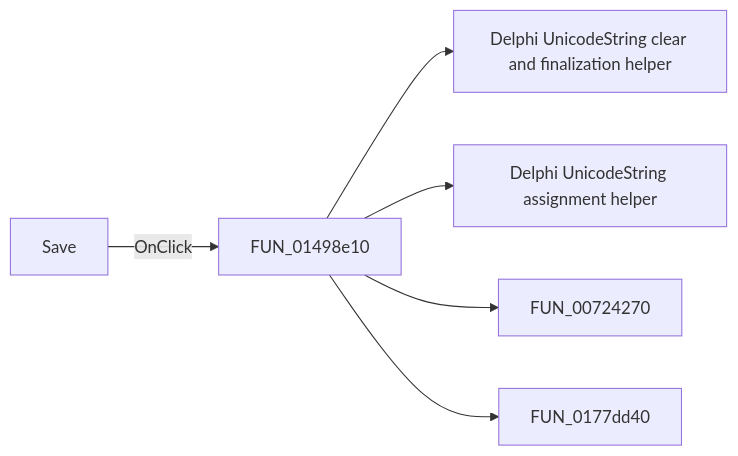
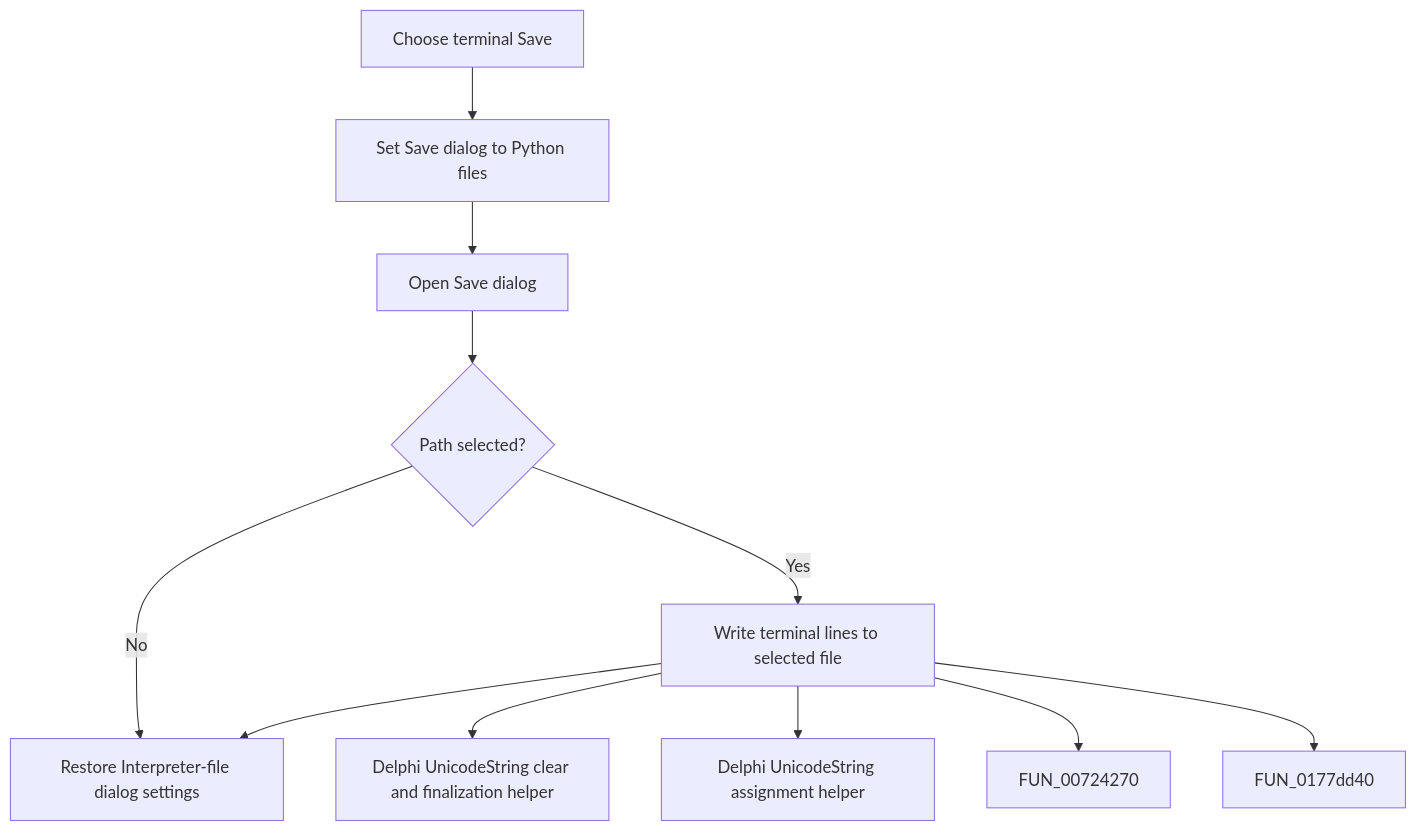
The diagram in docs/ui-controls/frmdesigntool/mnsaveterminal-76ef587c83.md (MovGP0/TIARA), drawn with Mermaid before and after one commit. The commit also changed other lines of this file and 387 other files, not shown here.

````diff
--- a/docs/ui-controls/frmdesigntool/mnsaveterminal-76ef587c83.md
+++ b/docs/ui-controls/frmdesigntool/mnsaveterminal-76ef587c83.md
@@ -27,8 +27,13 @@
 ```mermaid
-flowchart LR
-    control["Save"] -->|OnClick| handler["FUN_01498e10"]
+flowchart TD
+    control["Choose terminal Save"] --> configure["Set Save dialog to Python files"]
+    configure --> dialog["Open Save dialog"]
+    dialog --> selected{"Path selected?"}
+    selected -->|Yes| handler["Write terminal lines to selected file"]
+    selected -->|No| restore["Write no file"]
+    handler --> restore["Restore Interpreter-file dialog settings"]
     handler --> call1["Delphi UnicodeString clear and finalization helper"]
     handler --> call2["Delphi UnicodeString assignment helper"]
     handler --> call3["FUN_00724270"]
     handler --> call4["FUN_0177dd40"]
 ```
````
